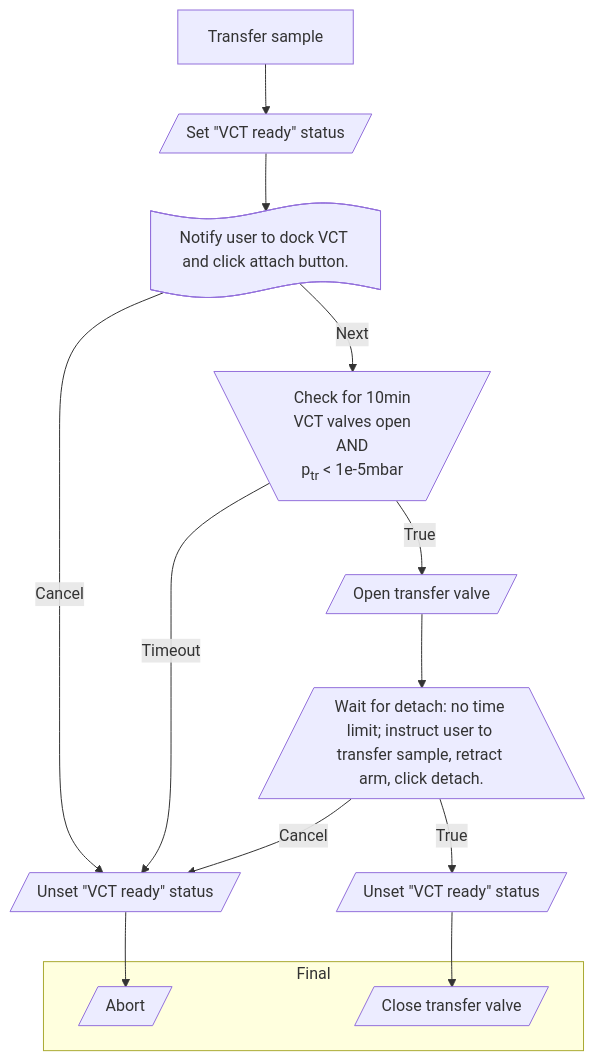
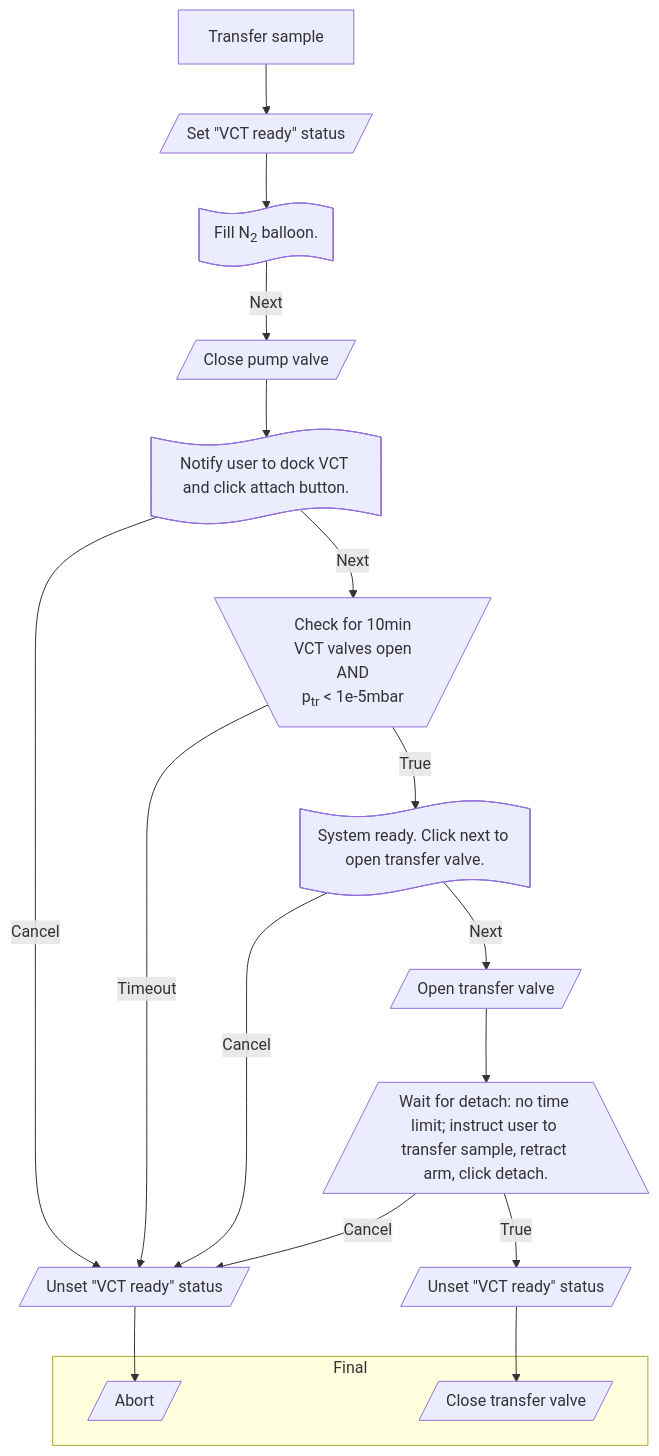
Diagram 11 of 11 in docs/src/workflows.md (parkourlrc/pcb-trappitsch--cryostorage-42fec10e6a), drawn with Mermaid before and after one commit. The commit also changed other lines of this file and 3 other files, not shown here.

````diff
--- a/docs/src/workflows.md
+++ b/docs/src/workflows.md
@@ -334,22 +340,26 @@
 ```mermaid
   flowchart TD
     PR[Transfer sample] --> RDY
-    RDY[/Set "VCT ready" status/] --> NAtt
+    RDY[/Set "VCT ready" status/] --> N2Not
+    N2Not@{ shape: paper-tape, label: "Fill N<sub>2</sub> balloon."} -->|Next| ClPump
+    ClPump[/Close pump valve/] --> NAtt
     NAtt@{ shape: paper-tape, label: "Notify user to dock VCT and click attach button."} -->|Cancel| NRDY
     NRDY[/Unset "VCT ready" status/] --> Err
     NAtt -->|Next| CHKOP[\"Check for 10min
               VCT valves open 
               AND 
               p<sub>tr</sub> < 1e-5mbar"/]
     CHKOP -->|Timeout| NRDY
-    CHKOP -->|True| OpTrV
+    CHKOP -->|True| NotifyOpTr
+    NotifyOpTr@{ shape: paper-tape, label: "System ready. Click next to open transfer valve."} -->|Cancel| NRDY
+    NotifyOpTr -->|Next| OpTrV
     OpTrV[/Open transfer valve/] --> WaitForDet
     WaitForDet[/Wait for detach: no time limit; instruct user to transfer sample, retract arm, click detach.\] -->|Cancel| NRDY
     WaitForDet --> |True| NRDYF
     NRDYF[/Unset "VCT ready" status/] --> ClTr
 
     subgraph Level3 [Final]
       Err[/Abort/]
       ClTr[/Close transfer valve/]
     end
 ```
````
